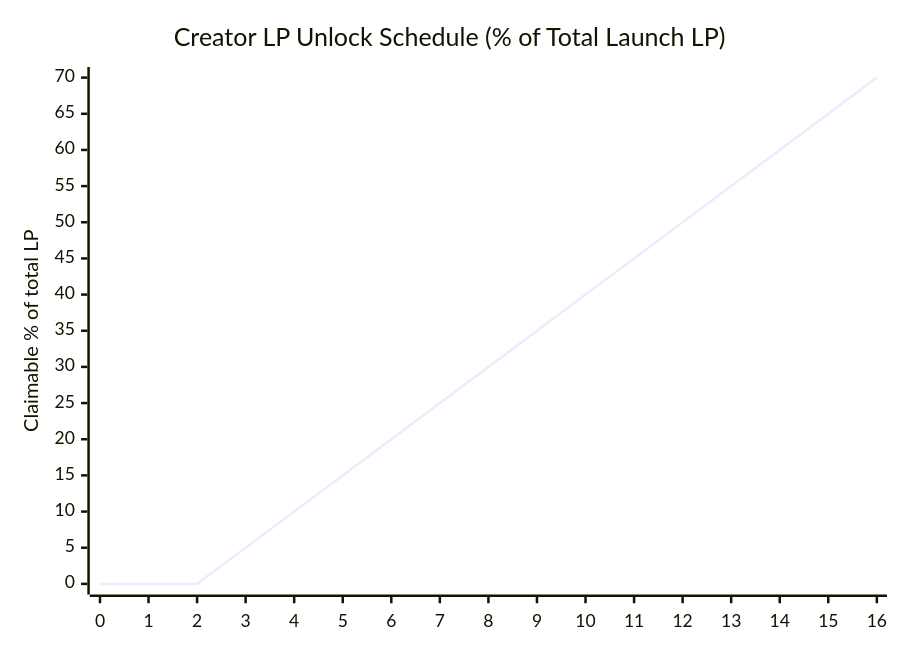
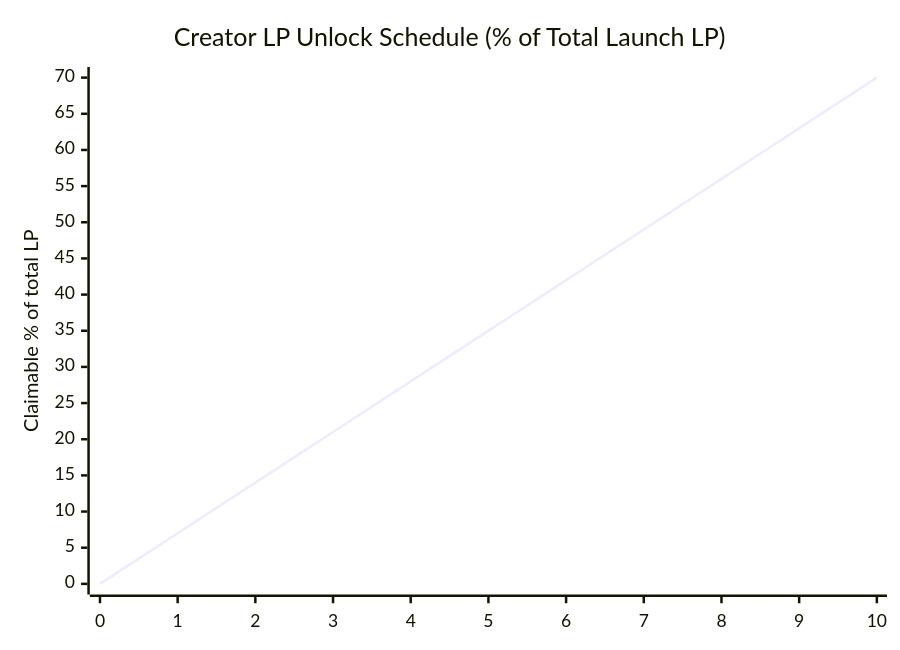
Before and after one commit to YeetLaunch/docs: the seventh of 7 diagrams in docs/YEETLAUNCH_POWERED_BY_YEETAMM_WHITEPAPER.md, drawn with Mermaid. The commit also changed other lines of this file and 4 other files, not shown here.

````diff
--- a/docs/YEETLAUNCH_POWERED_BY_YEETAMM_WHITEPAPER.md
+++ b/docs/YEETLAUNCH_POWERED_BY_YEETAMM_WHITEPAPER.md
@@ -583,7 +676,7 @@
 ```mermaid
 xychart-beta
     title "Creator LP Unlock Schedule (% of Total Launch LP)"
-    x-axis [0, 1, 2, 3, 4, 5, 6, 7, 8, 9, 10, 11, 12, 13, 14, 15, 16]
+    x-axis [0, 1, 2, 3, 4, 5, 6, 7, 8, 9, 10]
     y-axis "Claimable % of total LP" 0 --> 70
-    line [0, 0, 0, 5, 10, 15, 20, 25, 30, 35, 40, 45, 50, 55, 60, 65, 70]
+    line [0, 7, 14, 21, 28, 35, 42, 49, 56, 63, 70]
 ```
````
